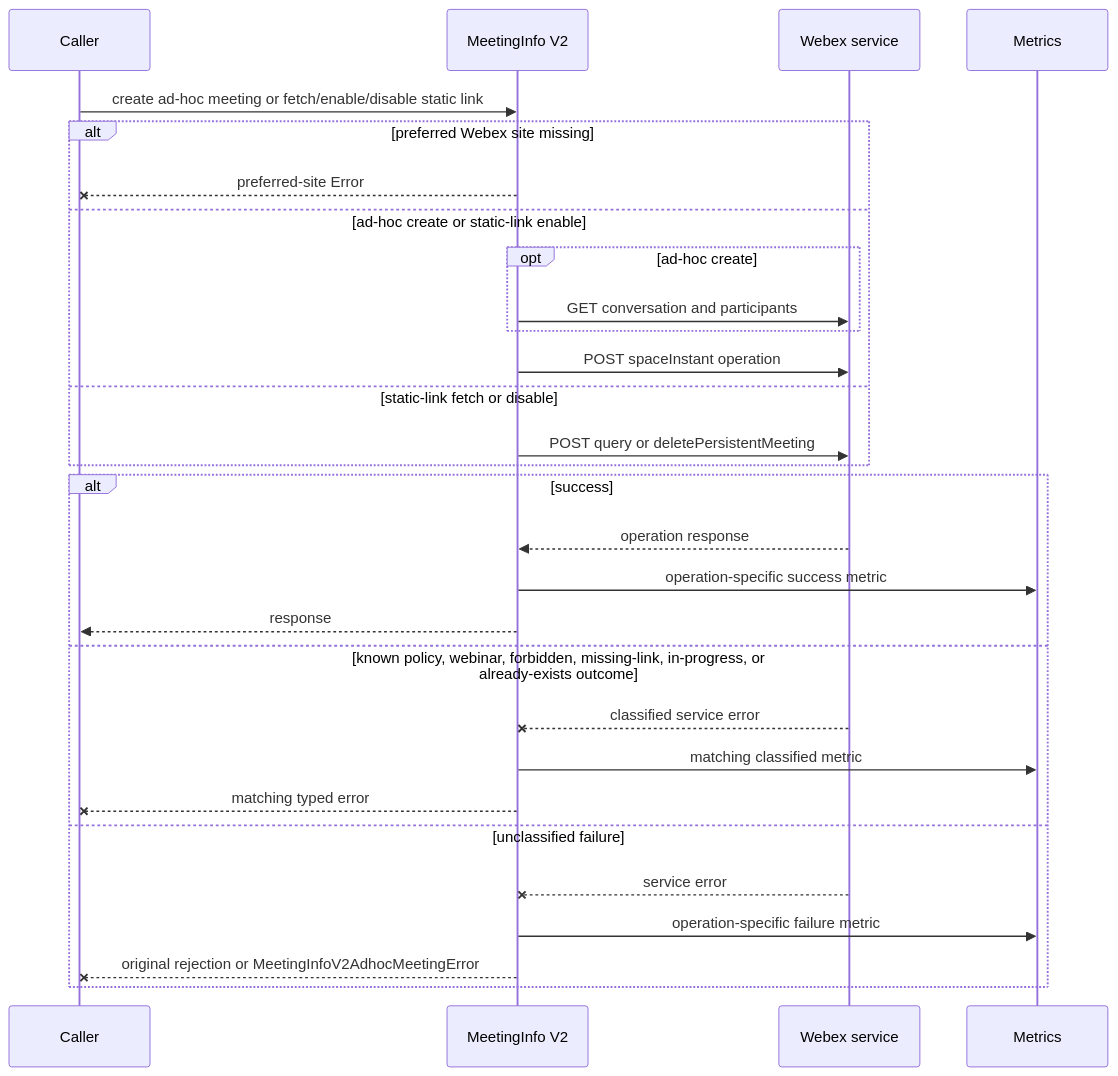
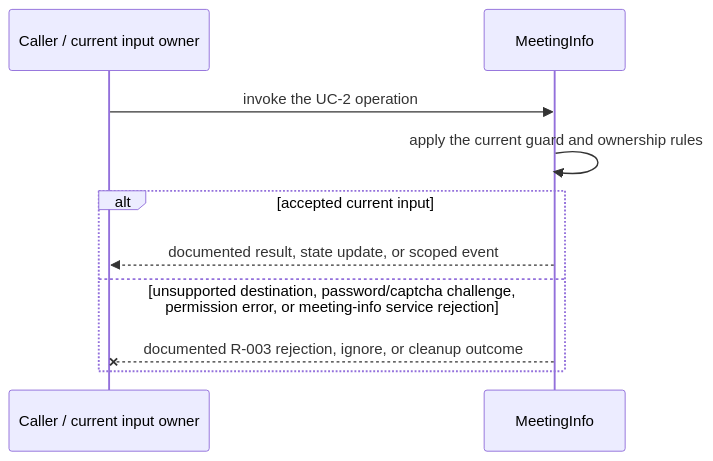
One commit to webex/webex-js-sdk changed the third of 4 diagrams in packages/@webex/plugin-meetings/src/meeting-info/ai-docs/meeting-info-spec.md. Above: the diagram before and after it, drawn with Mermaid. The commit also changed other lines of this file and 26 other files, not shown here.

````diff
--- a/packages/@webex/plugin-meetings/src/meeting-info/ai-docs/meeting-info-spec.md
+++ b/packages/@webex/plugin-meetings/src/meeting-info/ai-docs/meeting-info-spec.md
@@ -200,31 +143,12 @@
 ```mermaid
 sequenceDiagram
-  participant C as Caller
-  participant V2 as MeetingInfo V2
-  participant W as Webex service
-  participant M as Metrics
-  C->>V2: create ad-hoc meeting or fetch/enable/disable static link
-  alt preferred Webex site missing
-    V2--xC: preferred-site Error
-  else ad-hoc create or static-link enable
-    opt ad-hoc create
-      V2->>W: GET conversation and participants
-    end
-    V2->>W: POST spaceInstant operation
-  else static-link fetch or disable
-    V2->>W: POST query or deletePersistentMeeting
-  end
-  alt success
-    W-->>V2: operation response
-    V2->>M: operation-specific success metric
-    V2-->>C: response
-  else known policy, webinar, forbidden, missing-link, in-progress, or already-exists outcome
-    W--xV2: classified service error
-    V2->>M: matching classified metric
-    V2--xC: matching typed error
-  else unclassified failure
-    W--xV2: service error
-    V2->>M: operation-specific failure metric
-    V2--xC: original rejection or MeetingInfoV2AdhocMeetingError
+  participant C as Caller / current input owner
+  participant M as MeetingInfo
+  C->>M: invoke the UC-2 operation
+  M->>M: apply the current guard and ownership rules
+  alt accepted current input
+    M-->>C: documented result, state update, or scoped event
+  else unsupported destination, password/captcha challenge, permission error, or meeting-info service rejection
+    M--xC: documented R-003 rejection, ignore, or cleanup outcome
   end
 ```
````
